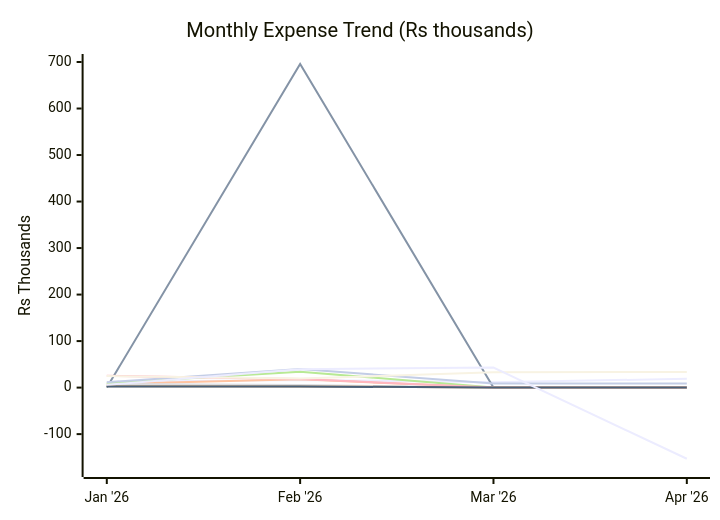
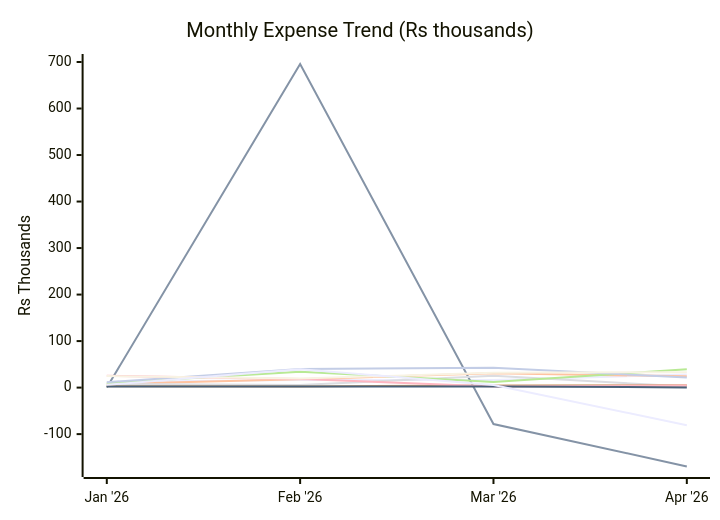
One commit to sachin-hg/expense-reporter changed the first of 2 diagrams in reports/2026-04.md. Above: the diagram before and after it, drawn with Mermaid. The commit also changed other lines of this file and 20 other files, not shown here.

````diff
--- a/reports/2026-04.md
+++ b/reports/2026-04.md
@@ -24,17 +24,17 @@
 ```mermaid
 xychart-beta
     title "Monthly Expense Trend (Rs thousands)"
     x-axis ["Jan '26", "Feb '26", "Mar '26", "Apr '26"]
     y-axis "Rs Thousands" -175 --> 700
-    line "Travel" [12.1, 16.5, 11.7, 18.8]
-    line "Trip" [0.0, 695.8, 0.0, 0.0]
-    line "Shopping" [7.8, 17.8, 0.0, 0.0]
-    line "Baby" [7.7, 5.6, 0.0, 0.0]
-    line "Outside Food" [9.5, 34.3, 0.0, 0.0]
-    line "Grocery" [2.9, 2.6, 0.0, 0.0]
-    line "Utilities & Bills" [11.5, 39.9, 8.9, 8.9]
-    line "Health, Fitness & Self Care" [25.5, 18.4, 0.0, 0.0]
-    line "Upskill / AI" [2.6, 2.5, 0.0, 0.0]
-    line "Rohan" [24.8, 19.3, 33.0, 33.5]
-    line "Others" [6.0, 39.6, 43.0, -153.0]
+    line "Travel" [12.1, 16.5, 16.3, 27.9]
+    line "Trip" [0.0, 695.8, -78.3, -169.5]
+    line "Shopping" [7.8, 17.8, 31.0, 24.2]
+    line "Baby" [7.7, 5.6, 25.3, 2.4]
+    line "Outside Food" [9.5, 34.3, 12.1, 39.2]
+    line "Grocery" [2.9, 2.6, 4.7, 5.3]
+    line "Utilities & Bills" [11.5, 39.9, 42.8, 21.7]
+    line "Health, Fitness & Self Care" [25.5, 18.4, 2.5, 4.4]
+    line "Upskill / AI" [2.6, 2.5, 2.6, 0.4]
+    line "Rohan" [24.8, 19.3, 32.0, 33.1]
+    line "Others" [6.0, 39.6, 5.4, -80.9]
 ```
````
